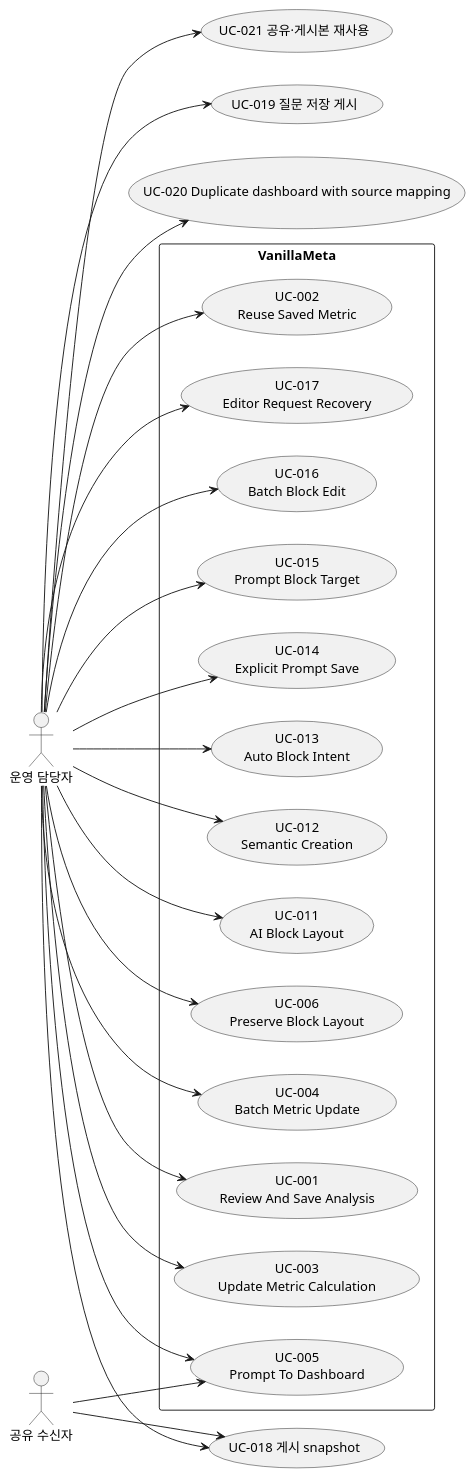
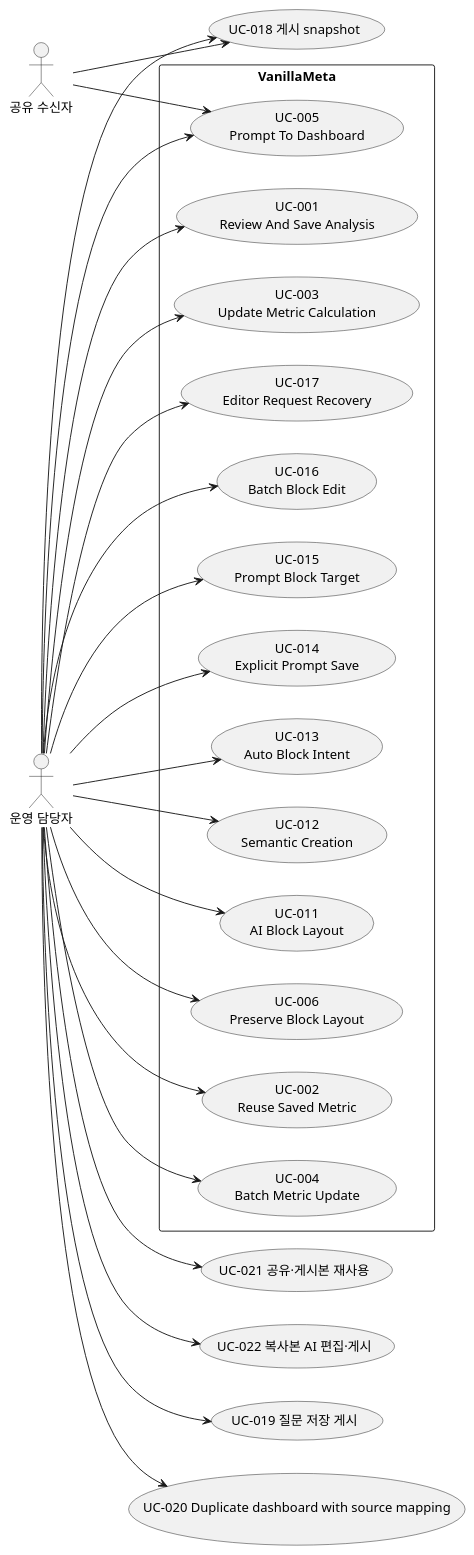
Before and after one commit to vanillabrain/vanillameta: the diagram in docs/use_cases.puml, drawn with PlantUML. The commit also changed 12 other files, not shown here.

```diff
--- a/docs/use_cases.puml
+++ b/docs/use_cases.puml
@@ -1,43 +1,45 @@
 @startuml
 left to right direction
 actor "운영 담당자" as operator
 rectangle "VanillaMeta" {
  usecase "UC-017\nEditor Request Recovery" as UC017
  usecase "UC-016\nBatch Block Edit" as UC016
  usecase "UC-015\nPrompt Block Target" as UC015
  usecase "UC-014\nExplicit Prompt Save" as UC014
  usecase "UC-013\nAuto Block Intent" as UC013
  usecase "UC-012\nSemantic Creation" as UC012
  usecase "UC-011\nAI Block Layout" as UC011
  usecase "UC-006\nPreserve Block Layout" as UC006
  usecase "UC-005\nPrompt To Dashboard" as UC005
  usecase "UC-004\nBatch Metric Update" as UC004
  usecase "UC-001\nReview And Save Analysis" as UC001
  usecase "UC-003\nUpdate Metric Calculation" as UC003
  usecase "UC-002\nReuse Saved Metric" as UC002
 }
 operator --> UC015
 operator --> UC014
 operator --> UC013
 operator --> UC012
 operator --> UC011
 operator --> UC006
 operator --> UC005
 actor "공유 수신자" as recipient
 recipient --> UC005
 operator --> UC004
 operator --> UC003
 operator --> UC002
 operator --> UC001
 operator --> UC016
 operator --> UC017
 usecase "UC-018 게시 snapshot" as UC018
 operator --> UC018
 recipient --> UC018
 usecase "UC-019 질문 저장 게시" as UC019
 operator --> UC019
 usecase "UC-020 Duplicate dashboard with source mapping" as UC020
 operator --> UC020
 usecase "UC-021 공유·게시본 재사용" as UC021
 operator --> UC021
+usecase "UC-022 복사본 AI 편집·게시" as UC022
+operator --> UC022
 @enduml
```
